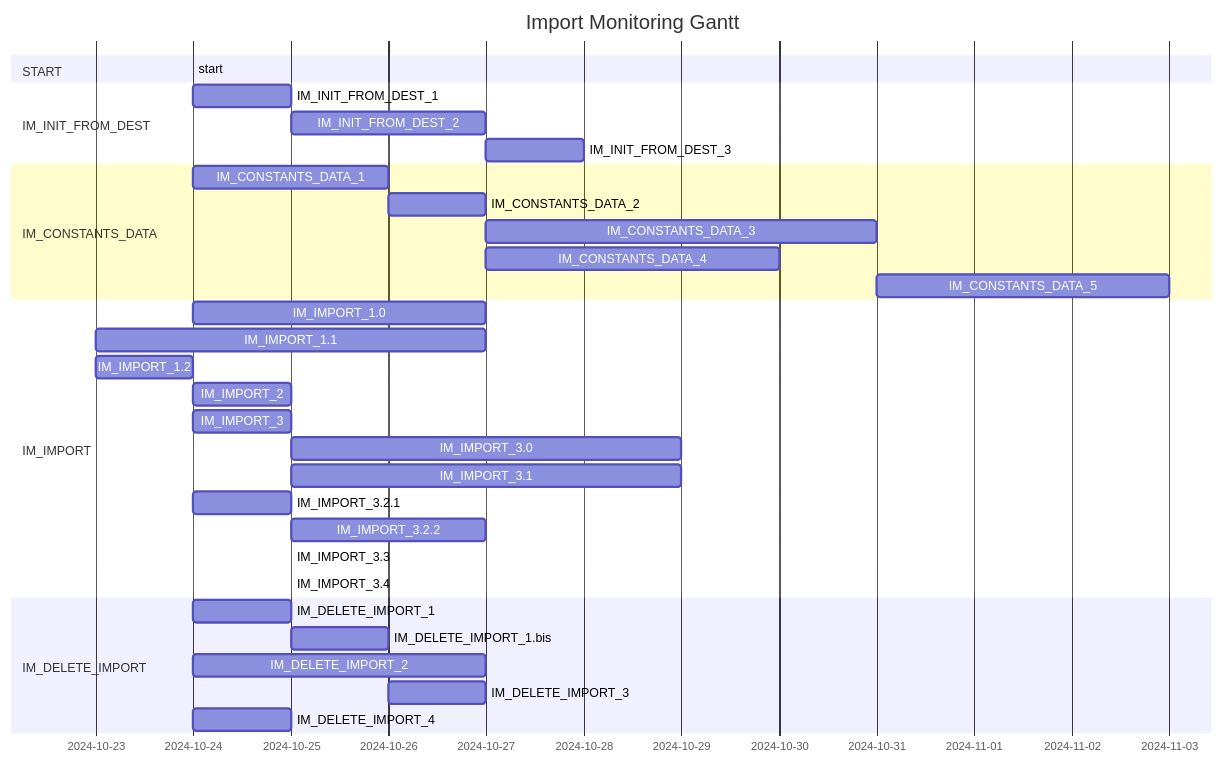
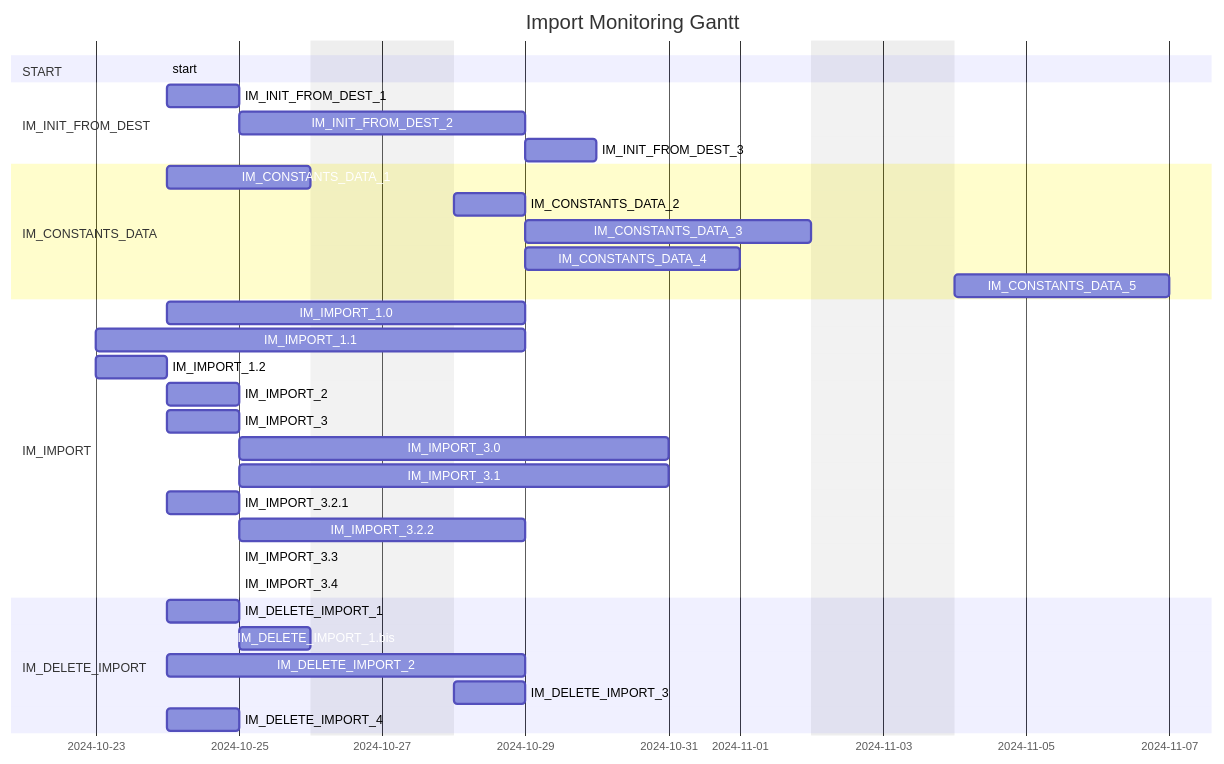
The diagram in README.md (naturalsolutions/geonature), drawn with Mermaid before and after one commit.

Commit message:
feat: exclude week-ends

````diff
--- a/README.md
+++ b/README.md
@@ -4,39 +4,41 @@
 ```mermaid
 gantt
 title Import Monitoring Gantt
 dateFormat DD/MM/YYYY
+excludes weekends
+
 section START
     start :s, 24/10/2024, 0d
 
 section IM_INIT_FROM_DEST
     IM_INIT_FROM_DEST_1  :ifd1, after s, 0.5d
     IM_INIT_FROM_DEST_2  :ifd2, after ifd1, 1.5d
     IM_INIT_FROM_DEST_3  :ifd3, after ifd2, 0.5d
 
 section IM_CONSTANTS_DATA
     IM_CONSTANTS_DATA_1  :cd1, after s, 2d
     IM_CONSTANTS_DATA_2  :cd2, after cd1, 1d
     IM_CONSTANTS_DATA_3  :cd3, after cd2, 4d
     IM_CONSTANTS_DATA_4  :cd4, after cd2, 3d
     IM_CONSTANTS_DATA_5  :cd5, after cd4 cd3, 3d
 
 section IM_IMPORT
     IM_IMPORT_1.0  :i1.0, after s, 2.5d
     IM_IMPORT_1.1 :i1.1, after i1.0, 4d
     IM_IMPORT_1.2 :i1.2, after i1.0, 1d
     IM_IMPORT_2 :i2, after s, 0.5d
     IM_IMPORT_3 :i3, after s, 1d
     IM_IMPORT_3.0 :i3.0, after i3, 4d
     IM_IMPORT_3.1 :i3.1, after i3.0, 4d
     IM_IMPORT_3.2.1 :i3.2.1, after s, 1d
     IM_IMPORT_3.2.2 :i3.2.2, after i3.2.1, 1.5d
     IM_IMPORT_3.3 :i3.3, after i3.2.1, 0.5
     IM_IMPORT_3.4 :i3.4, after i3.0, 0.5
 
 section IM_DELETE_IMPORT
     IM_DELETE_IMPORT_1  :di1, after s, 0.5d
     IM_DELETE_IMPORT_1.bis  :di1b, after di1, 1d
     IM_DELETE_IMPORT_2  :di, after s, 2.5d
     IM_DELETE_IMPORT_3  :di3, after di1b di2 i3.0, 0.5d
     IM_DELETE_IMPORT_4  :di4, after s, 0.5d
 ```
````
